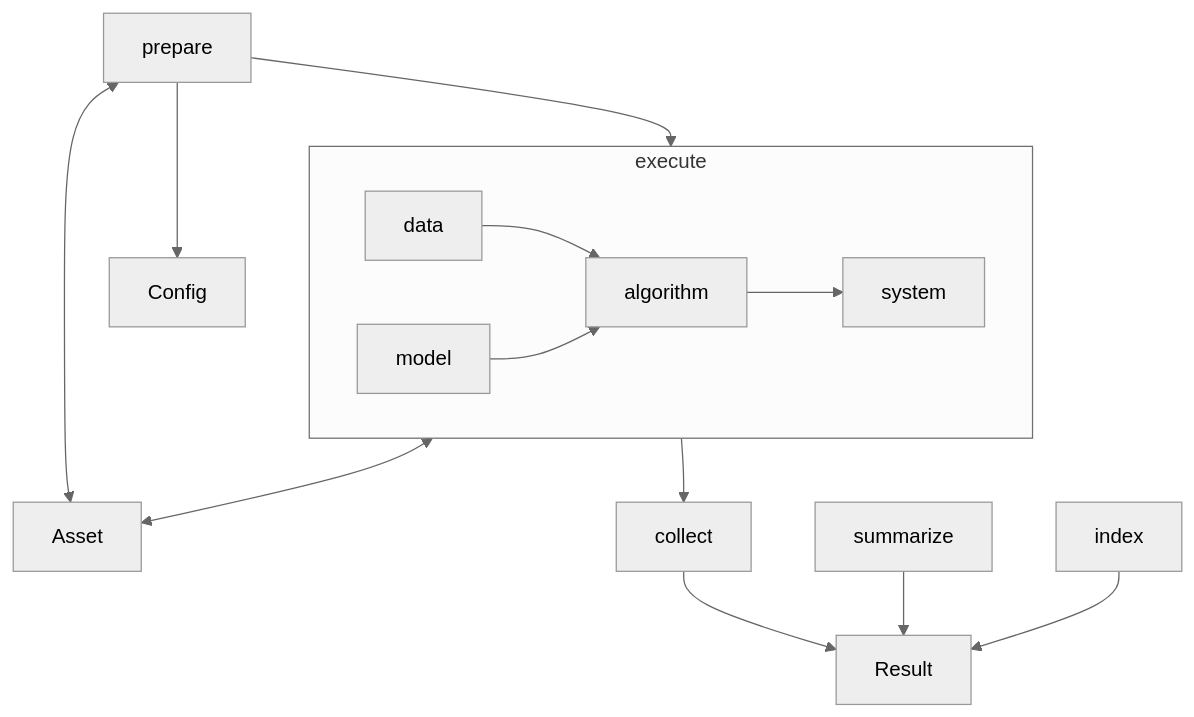
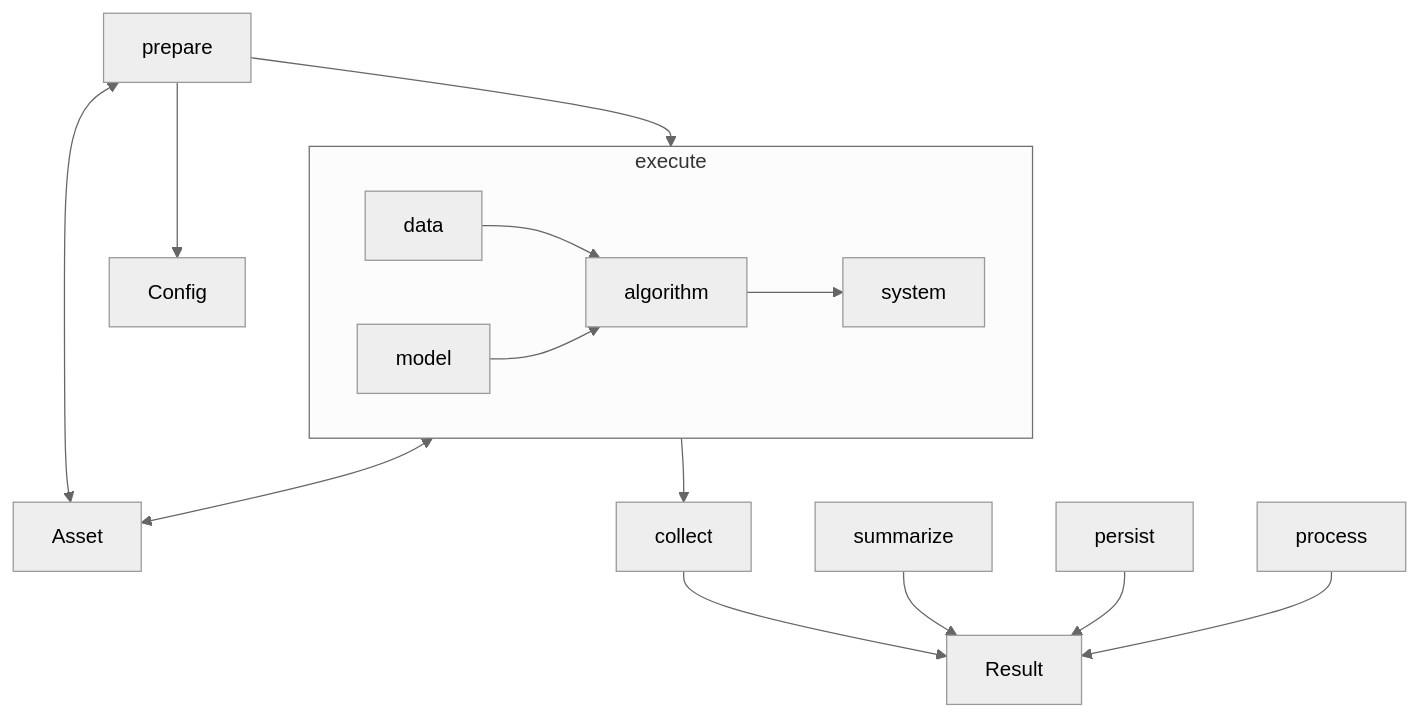
Before and after one commit to diaoenmao/RPipe: the third of 3 diagrams in docs/CONCEPT.md, drawn with Mermaid (neutral theme). The commit also changed other lines of this file and 43 other files, not shown here.

````diff
--- a/docs/CONCEPT.md
+++ b/docs/CONCEPT.md
@@ -262,16 +273,17 @@
 ```mermaid
 flowchart TB
   prepare --> Config
   prepare <--> Asset
   collect --> Result
   summarize --> Result
-  index --> Result
+  persist --> Result
+  process --> Result
   subgraph execute_detail [execute]
     data --> algorithm
     model --> algorithm
     algorithm --> system
   end
   prepare --> execute_detail
   execute_detail <--> Asset
   execute_detail --> collect
 ```
````
